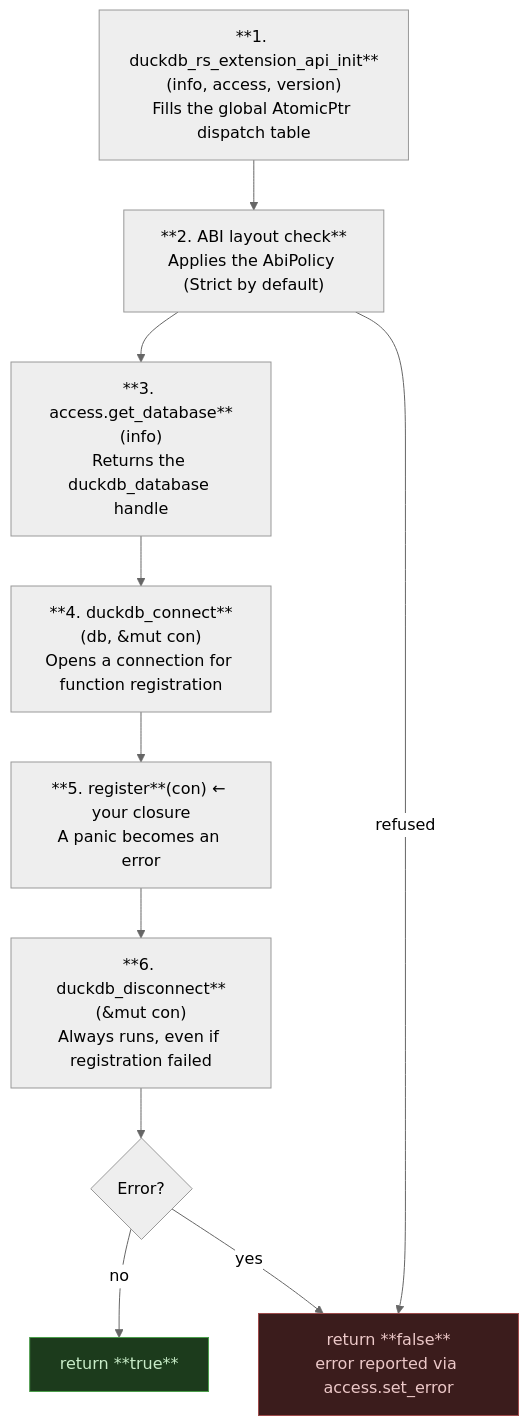
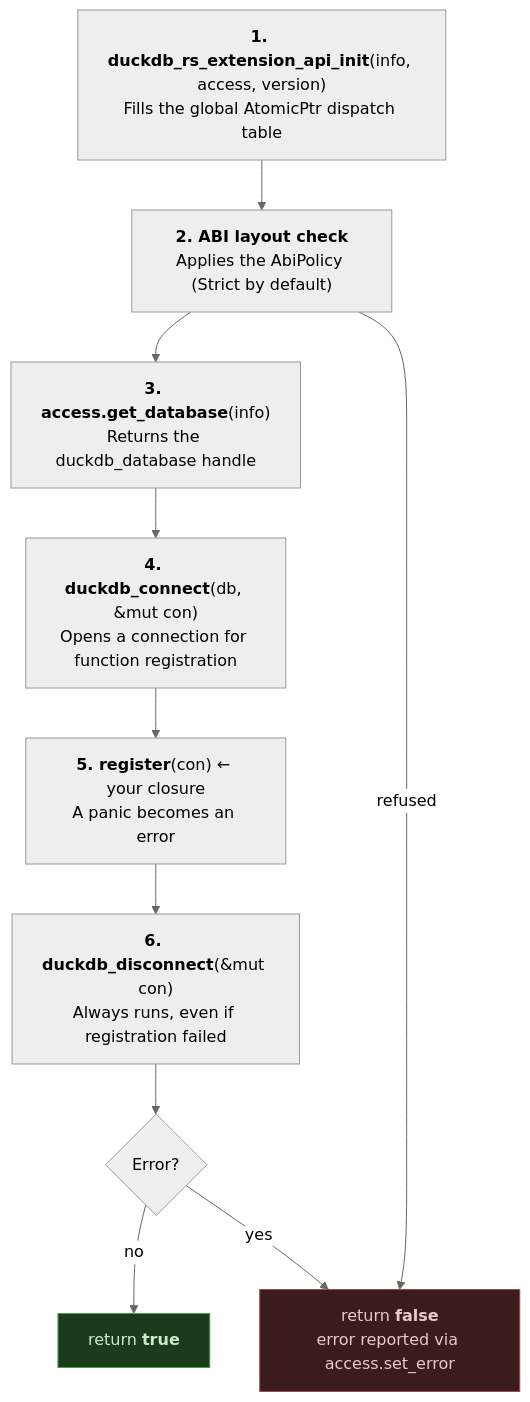
The diagram in book/src/concepts/entry-point.md (tomtom215/quack-rs), drawn with Mermaid (neutral theme) before and after one commit. The commit also changed 12 other files, not shown here.

````diff
--- a/book/src/concepts/entry-point.md
+++ b/book/src/concepts/entry-point.md
@@ -135,20 +135,20 @@
 ```mermaid
 flowchart TD
-    A["**1. duckdb_rs_extension_api_init**(info, access, version)<br/>Fills the global AtomicPtr dispatch table"]
-    L["**2. ABI layout check**<br/>Applies the AbiPolicy (Strict by default)"]
-    B["**3. access.get_database**(info)<br/>Returns the duckdb_database handle"]
-    C["**4. duckdb_connect**(db, &amp;mut con)<br/>Opens a connection for function registration"]
-    D["**5. register**(con) ← your closure<br/>A panic becomes an error"]
-    E["**6. duckdb_disconnect**(&amp;mut con)<br/>Always runs, even if registration failed"]
+    A["<b>1. duckdb_rs_extension_api_init</b>(info, access, version)<br/>Fills the global AtomicPtr dispatch table"]
+    L["<b>2. ABI layout check</b><br/>Applies the AbiPolicy (Strict by default)"]
+    B["<b>3. access.get_database</b>(info)<br/>Returns the duckdb_database handle"]
+    C["<b>4. duckdb_connect</b>(db, &amp;mut con)<br/>Opens a connection for function registration"]
+    D["<b>5. register</b>(con) ← your closure<br/>A panic becomes an error"]
+    E["<b>6. duckdb_disconnect</b>(&amp;mut con)<br/>Always runs, even if registration failed"]
     F{Error?}
-    G["return **true**"]
-    H["return **false**<br/>error reported via access.set_error"]
+    G["return <b>true</b>"]
+    H["return <b>false</b><br/>error reported via access.set_error"]
 
     A --> L --> B --> C --> D --> E --> F
     L -->|refused| H
     F -->|no| G
     F -->|yes| H
 
     style G fill:#1c3b1c,stroke:#4a9e4a,color:#c8ecc8
     style H fill:#3b1c1c,stroke:#9e4a4a,color:#ecc8c8
 ```
````
